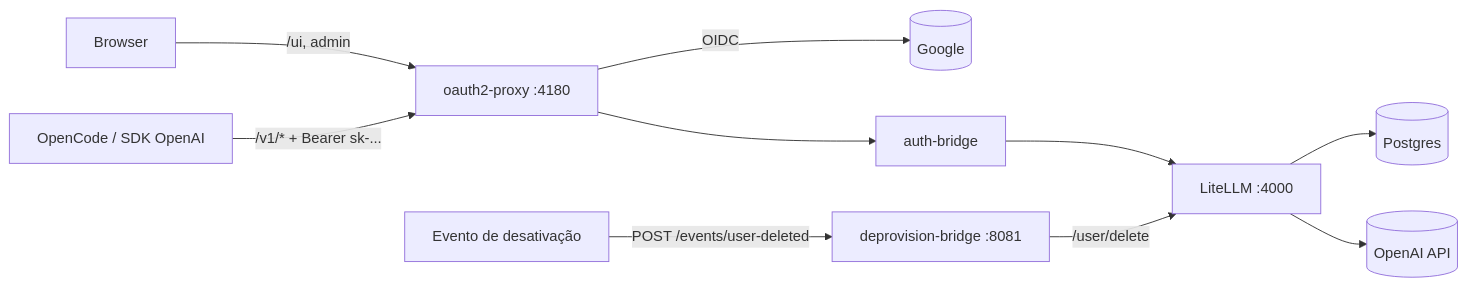
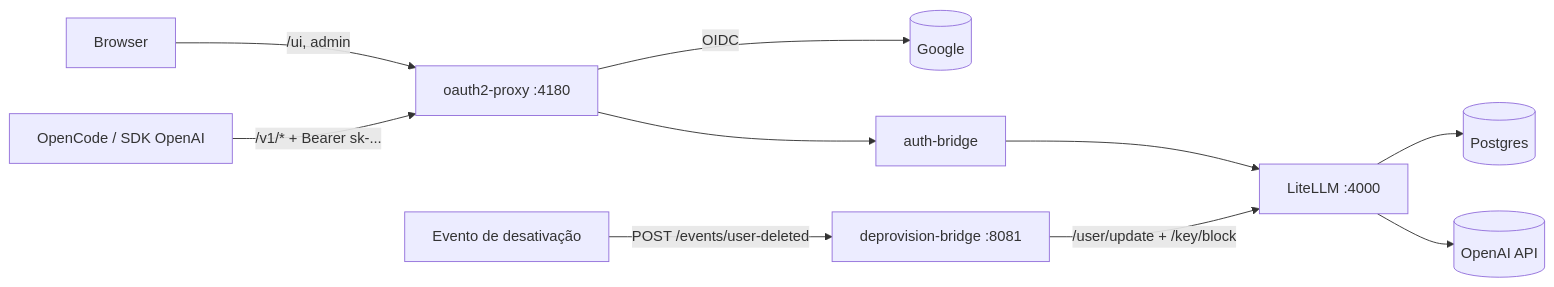
The first of 2 diagrams in README.md (diovanibmotta/ai-gateway-with-auth-proxy), drawn with Mermaid before and after one commit. The commit also changed other lines of this file and 2 other files, not shown here.

````diff
--- a/README.md
+++ b/README.md
@@ -26,12 +26,12 @@
 ```mermaid
 flowchart LR
     B[Browser] -->|/ui, admin| P
     O[OpenCode / SDK OpenAI] -->|/v1/* + Bearer sk-...| P
     P[oauth2-proxy :4180] -->|OIDC| G[(Google)]
     P --> A[auth-bridge]
     A --> L[LiteLLM :4000]
     L --> D[(Postgres)]
     L --> OA[(OpenAI API)]
     X[Evento de desativação] -->|POST /events/user-deleted| DB[deprovision-bridge :8081]
-    DB -->|/user/delete| L
+    DB -->|/user/update + /key/block| L
 ```
````
